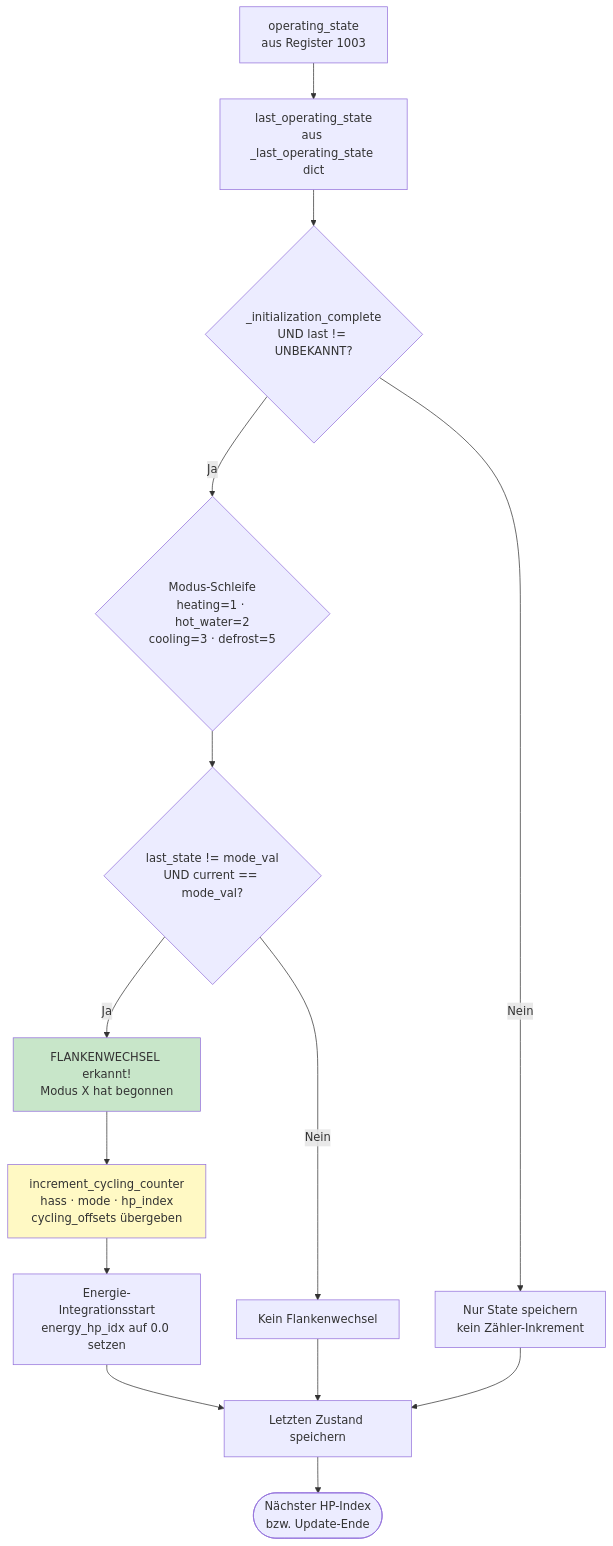
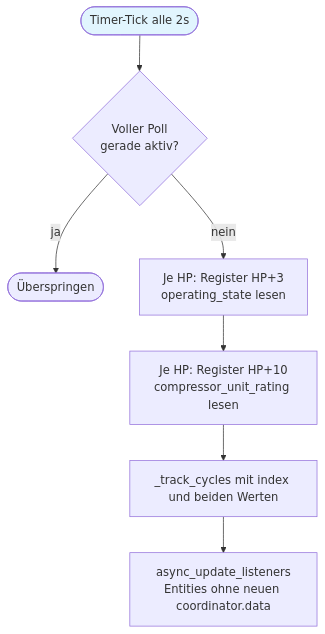
One commit to GuidoJeuken-6512/lambda_heat_pumps changed the fifth of 7 diagrams in docs/docs/Entwickler/Ablaufdiagramm.md. Above: the diagram before and after it, drawn with Mermaid. The commit also changed other lines of this file and 41 other files, not shown here.

````diff
--- a/docs/docs/Entwickler/Ablaufdiagramm.md
+++ b/docs/docs/Entwickler/Ablaufdiagramm.md
@@ -340,19 +309,11 @@
 ```mermaid
 flowchart TD
-    A[operating_state\naus Register 1003] --> B[last_operating_state\naus _last_operating_state dict]
-    B --> C{_initialization_complete\nUND last != UNBEKANNT?}
-    C -->|Nein| Z[Nur State speichern\nkein Zähler-Inkrement]
-    C -->|Ja| D{Modus-Schleife\nheating=1 · hot_water=2\ncooling=3 · defrost=5}
-    D --> E{last_state != mode_val\nUND current == mode_val?}
-    E -->|Nein| F[Kein Flankenwechsel]
-    E -->|Ja| G[FLANKENWECHSEL erkannt!\nModus X hat begonnen]
-    G --> H[increment_cycling_counter\nhass · mode · hp_index\ncycling_offsets übergeben]
-    H --> I[Energie-Integrationsstart\nenergy_hp_idx auf 0.0 setzen]
-    I --> J[Letzten Zustand speichern]
-    F --> J
-    Z --> J
-    J --> K([Nächster HP-Index\nbzw. Update-Ende])
+    A([Timer-Tick alle 2s]) --> B{Voller Poll\ngerade aktiv?}
+    B -->|ja| Z([Überspringen])
+    B -->|nein| C[Je HP: Register HP+3\noperating_state lesen]
+    C --> D[Je HP: Register HP+10\ncompressor_unit_rating lesen]
+    D --> E[_track_cycles mit index und beiden Werten]
+    E --> F[async_update_listeners\nEntities ohne neuen coordinator.data]
 
-    style G fill:#c8e6c9
-    style H fill:#fff9c4
+    style A fill:#e1f5fe
 ```
````
